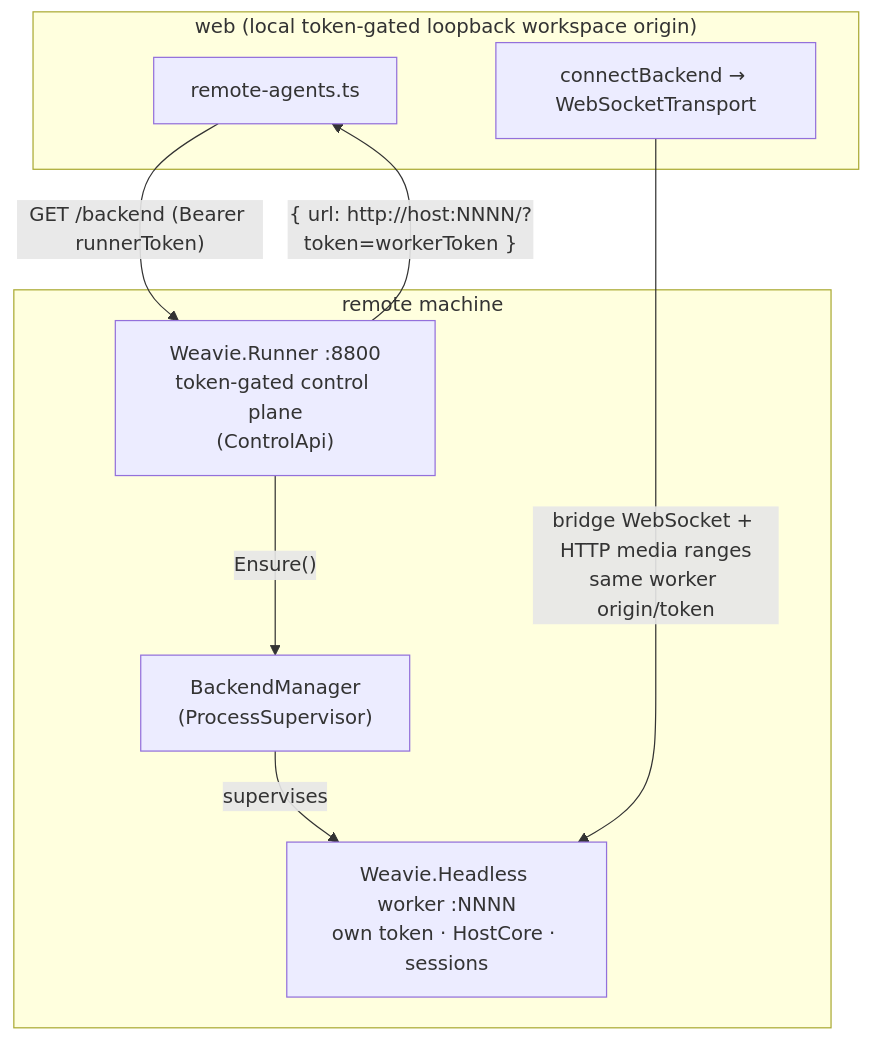
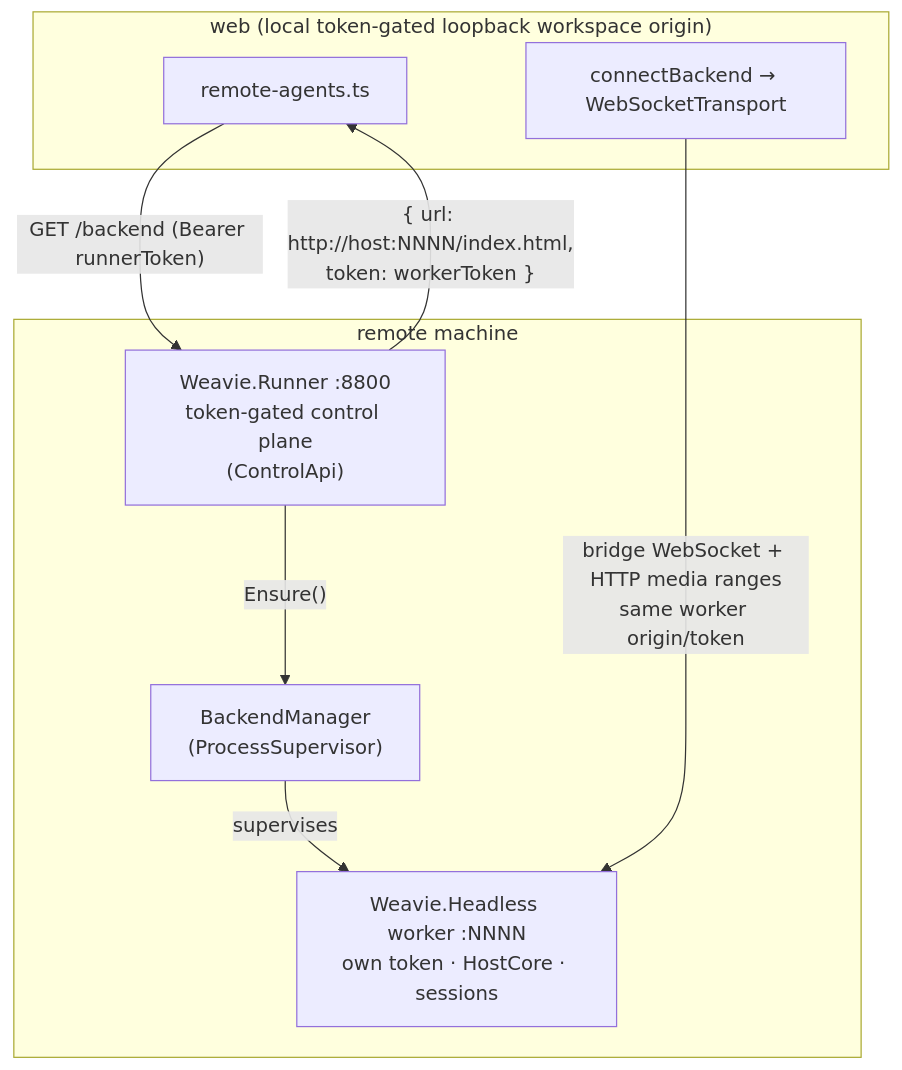
One commit to Kapps/weavie changed the sixth of 6 diagrams in docs/concepts/architecture-overview.md. Above: the diagram before and after it, drawn with Mermaid. The commit also changed other lines of this file and 46 other files, not shown here.

````diff
--- a/docs/concepts/architecture-overview.md
+++ b/docs/concepts/architecture-overview.md
@@ -256,18 +256,18 @@
 ```mermaid
 graph TB
     subgraph web["web (local token-gated loopback workspace origin)"]
         RA["remote-agents.ts"]
         BK["connectBackend → WebSocketTransport"]
     end
     subgraph remote["remote machine"]
         RUN["Weavie.Runner :8800<br/>token-gated control plane<br/>(ControlApi)"]
         BM["BackendManager<br/>(ProcessSupervisor)"]
         WK["Weavie.Headless worker :NNNN<br/>own token · HostCore · sessions"]
     end
 
     RA -->|"GET /backend (Bearer runnerToken)"| RUN
     RUN -->|"Ensure()"| BM
     BM -->|"supervises"| WK
-    RUN -->|"{ url: http://host:NNNN/?token=workerToken }"| RA
+    RUN -->|"{ url: http://host:NNNN/index.html,<br/>token: workerToken }"| RA
     BK -->|"bridge WebSocket + HTTP media ranges<br/>same worker origin/token"| WK
 ```
````
